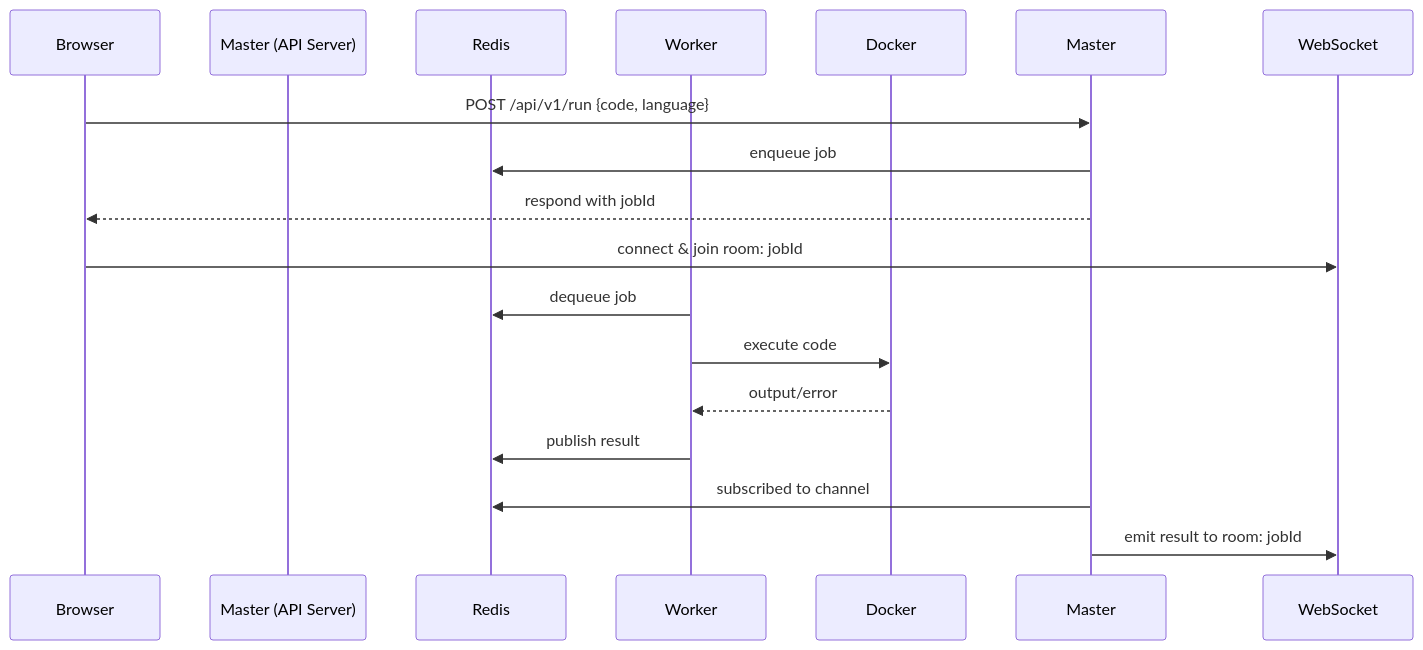
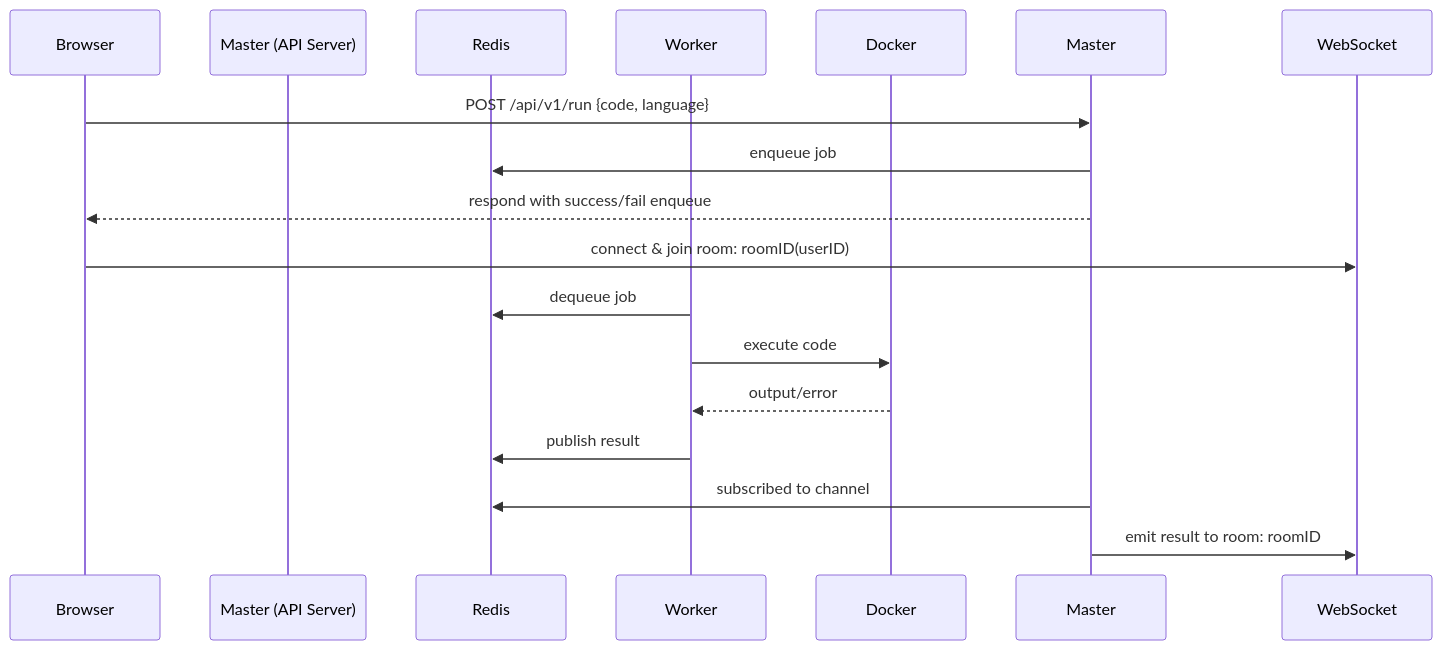
Before and after one commit to rahulkarmakar28/code-sandbox: the diagram in README.md, drawn with Mermaid. The commit also changed 8 other files, not shown here.

````diff
--- a/README.md
+++ b/README.md
@@ -116,19 +116,19 @@
 ```mermaid
 sequenceDiagram
     participant Browser
     participant Master (API Server)
     participant Redis
     participant Worker
     participant Docker
 
     Browser->>Master: POST /api/v1/run {code, language}
     Master->>Redis: enqueue job
-    Master-->>Browser: respond with jobId
-    Browser->>WebSocket: connect & join room: jobId
+    Master-->>Browser: respond with success/fail enqueue
+    Browser->>WebSocket: connect & join room: roomID(userID)
     Worker->>Redis: dequeue job
     Worker->>Docker: execute code
     Docker-->>Worker: output/error
     Worker->>Redis: publish result
     Master->>Redis: subscribed to channel
-    Master->>WebSocket: emit result to room: jobId
+    Master->>WebSocket: emit result to room: roomID
 ```
````
